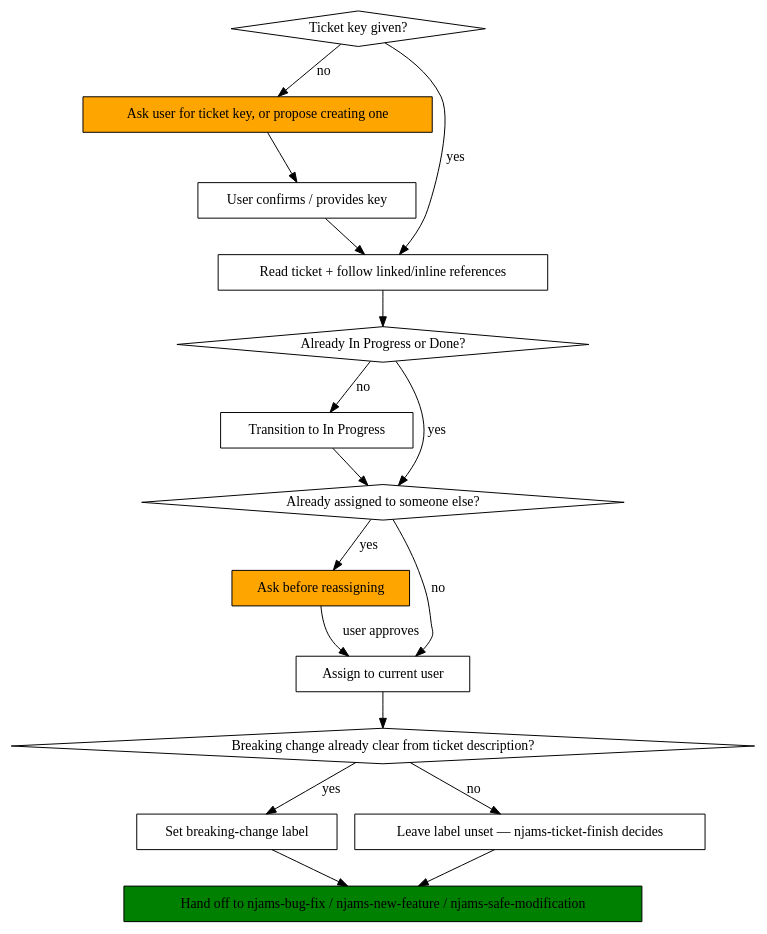
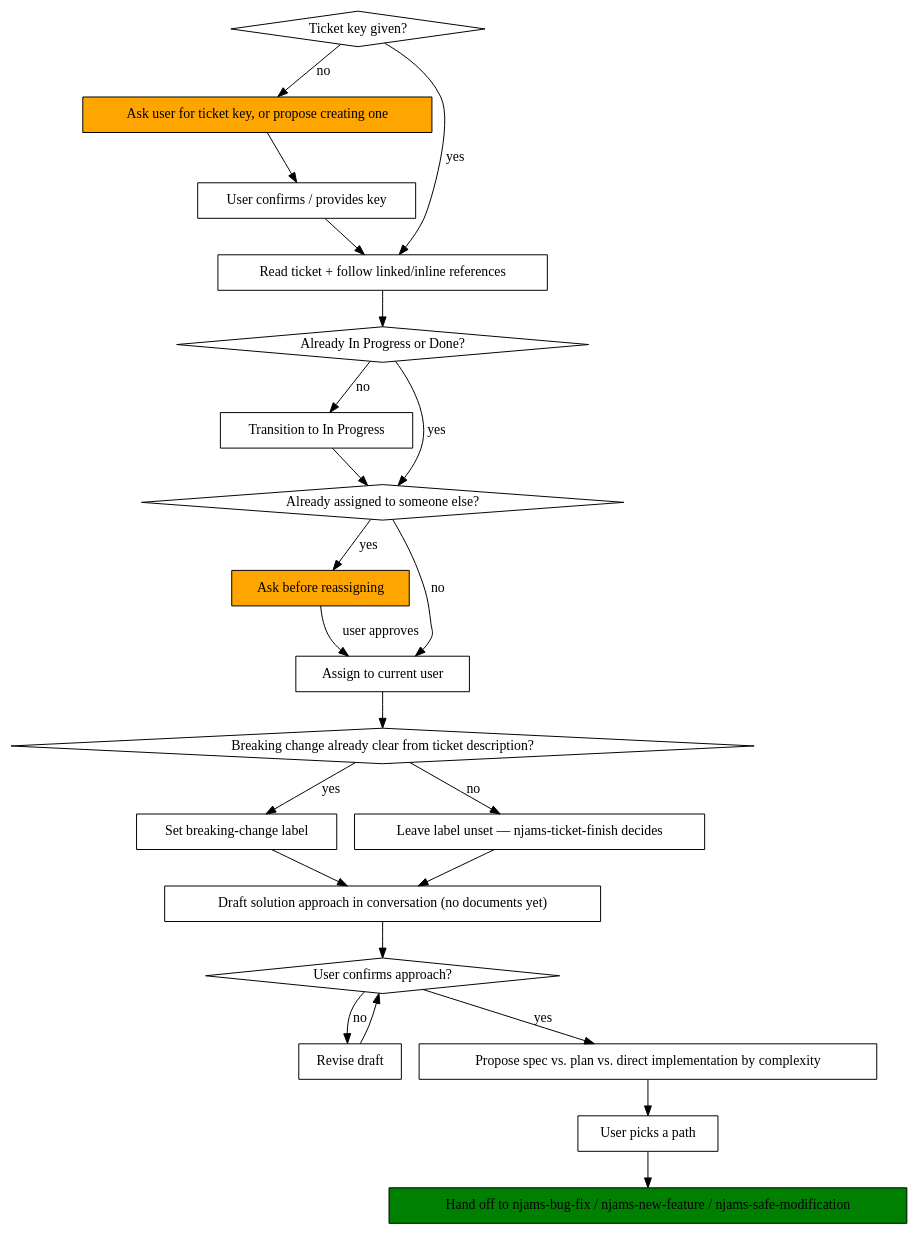
Before and after one commit to IntegrationMatters/njams-sdk: the diagram in .claude/skills/njams-ticket-start/SKILL.md, drawn with Graphviz. The commit also changed other lines of this file and 3 other files, not shown here.

First line of the commit message:
Add solution-confirmation gate to njams-ticket-start, referenced by the other ticket-work skills

````diff
--- a/.claude/skills/njams-ticket-start/SKILL.md
+++ b/.claude/skills/njams-ticket-start/SKILL.md
@@ -32,35 +36,46 @@
 ```dot
 digraph ticket_kickoff {
     rankdir=TB;
     "Ticket key given?" [shape=diamond];
     "Ask user for ticket key, or propose creating one" [shape=box, style=filled, fillcolor=orange];
     "User confirms / provides key" [shape=box];
     "Read ticket + follow linked/inline references" [shape=box];
     "Already In Progress or Done?" [shape=diamond];
     "Transition to In Progress" [shape=box];
     "Already assigned to someone else?" [shape=diamond];
     "Ask before reassigning" [shape=box, style=filled, fillcolor=orange];
     "Assign to current user" [shape=box];
     "Breaking change already clear from ticket description?" [shape=diamond];
     "Set breaking-change label" [shape=box];
     "Leave label unset — njams-ticket-finish decides" [shape=box];
+    "Draft solution approach in conversation (no documents yet)" [shape=box];
+    "User confirms approach?" [shape=diamond];
+    "Revise draft" [shape=box];
+    "Propose spec vs. plan vs. direct implementation by complexity" [shape=box];
+    "User picks a path" [shape=box];
     "Hand off to njams-bug-fix / njams-new-feature / njams-safe-modification" [shape=box, style=filled, fillcolor=green];
 
     "Ticket key given?" -> "Read ticket + follow linked/inline references" [label="yes"];
     "Ticket key given?" -> "Ask user for ticket key, or propose creating one" [label="no"];
     "Ask user for ticket key, or propose creating one" -> "User confirms / provides key";
     "User confirms / provides key" -> "Read ticket + follow linked/inline references";
     "Read ticket + follow linked/inline references" -> "Already In Progress or Done?";
     "Already In Progress or Done?" -> "Already assigned to someone else?" [label="yes"];
     "Already In Progress or Done?" -> "Transition to In Progress" [label="no"];
     "Transition to In Progress" -> "Already assigned to someone else?";
     "Already assigned to someone else?" -> "Ask before reassigning" [label="yes"];
     "Already assigned to someone else?" -> "Assign to current user" [label="no"];
     "Ask before reassigning" -> "Assign to current user" [label="user approves"];
     "Assign to current user" -> "Breaking change already clear from ticket description?";
     "Breaking change already clear from ticket description?" -> "Set breaking-change label" [label="yes"];
     "Breaking change already clear from ticket description?" -> "Leave label unset — njams-ticket-finish decides" [label="no"];
-    "Set breaking-change label" -> "Hand off to njams-bug-fix / njams-new-feature / njams-safe-modification";
-    "Leave label unset — njams-ticket-finish decides" -> "Hand off to njams-bug-fix / njams-new-feature / njams-safe-modification";
+    "Set breaking-change label" -> "Draft solution approach in conversation (no documents yet)";
+    "Leave label unset — njams-ticket-finish decides" -> "Draft solution approach in conversation (no documents yet)";
+    "Draft solution approach in conversation (no documents yet)" -> "User confirms approach?";
+    "User confirms approach?" -> "Revise draft" [label="no"];
+    "Revise draft" -> "User confirms approach?";
+    "User confirms approach?" -> "Propose spec vs. plan vs. direct implementation by complexity" [label="yes"];
+    "Propose spec vs. plan vs. direct implementation by complexity" -> "User picks a path";
+    "User picks a path" -> "Hand off to njams-bug-fix / njams-new-feature / njams-safe-modification";
 }
 ```
````
